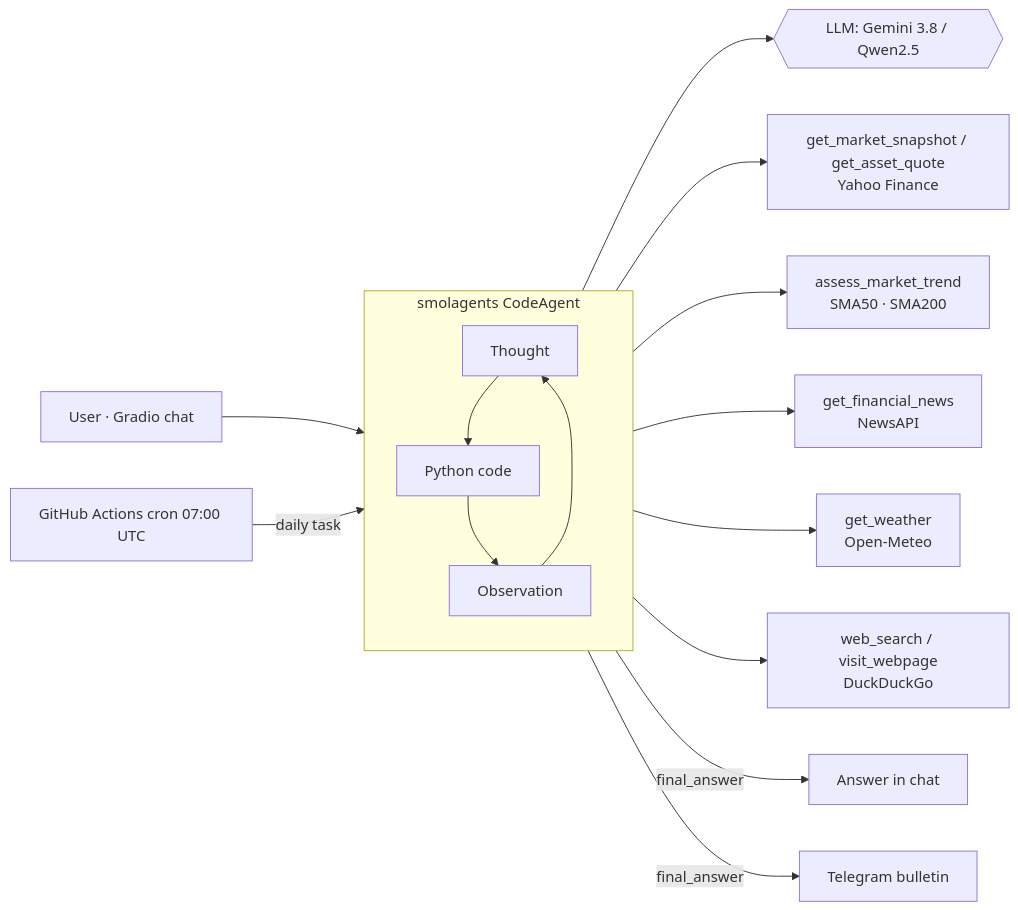
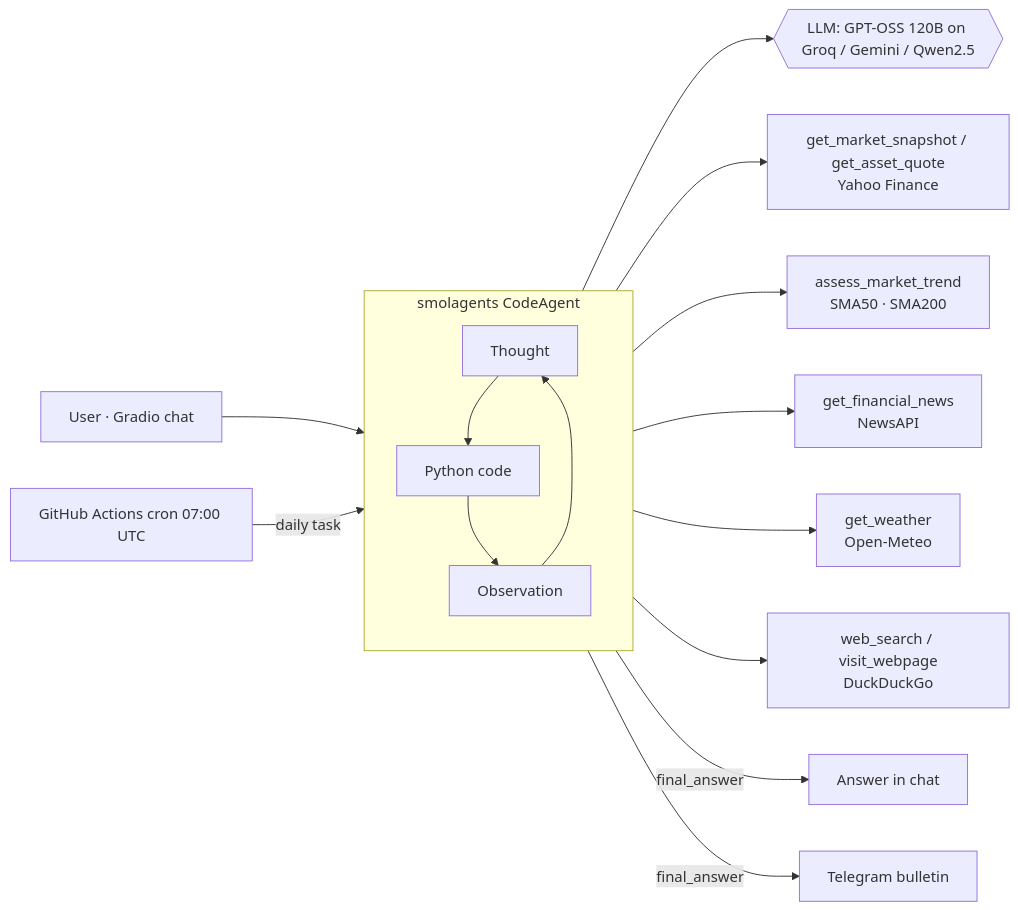
One commit to rgallegocode/cava-bot changed the diagram in README.md. Above: the diagram before and after it, drawn with Mermaid. The commit also changed other lines of this file and 3 other files, not shown here.

First line of the commit message:
Use Groq (GPT-OSS 120B) as default LLM with token-aware rate limiting

````diff
--- a/README.md
+++ b/README.md
@@ -40,17 +40,17 @@
 ```mermaid
 flowchart LR
     U[User · Gradio chat] --> A
     C[GitHub Actions cron 07:00 UTC] -->|daily task| A
     subgraph A[smolagents CodeAgent]
         direction TB
         T[Thought] --> K[Python code] --> O[Observation] --> T
     end
-    A --> M{{LLM: Gemini 3.8 / Qwen2.5}}
+    A --> M{{LLM: GPT-OSS 120B on Groq / Gemini / Qwen2.5}}
     A --> T1[get_market_snapshot / get_asset_quote<br/>Yahoo Finance]
     A --> T2[assess_market_trend<br/>SMA50 · SMA200]
     A --> T3[get_financial_news<br/>NewsAPI]
     A --> T4[get_weather<br/>Open-Meteo]
     A --> T5[web_search / visit_webpage<br/>DuckDuckGo]
     A -->|final_answer| R[Answer in chat]
     A -->|final_answer| TG[Telegram bulletin]
 ```
````
